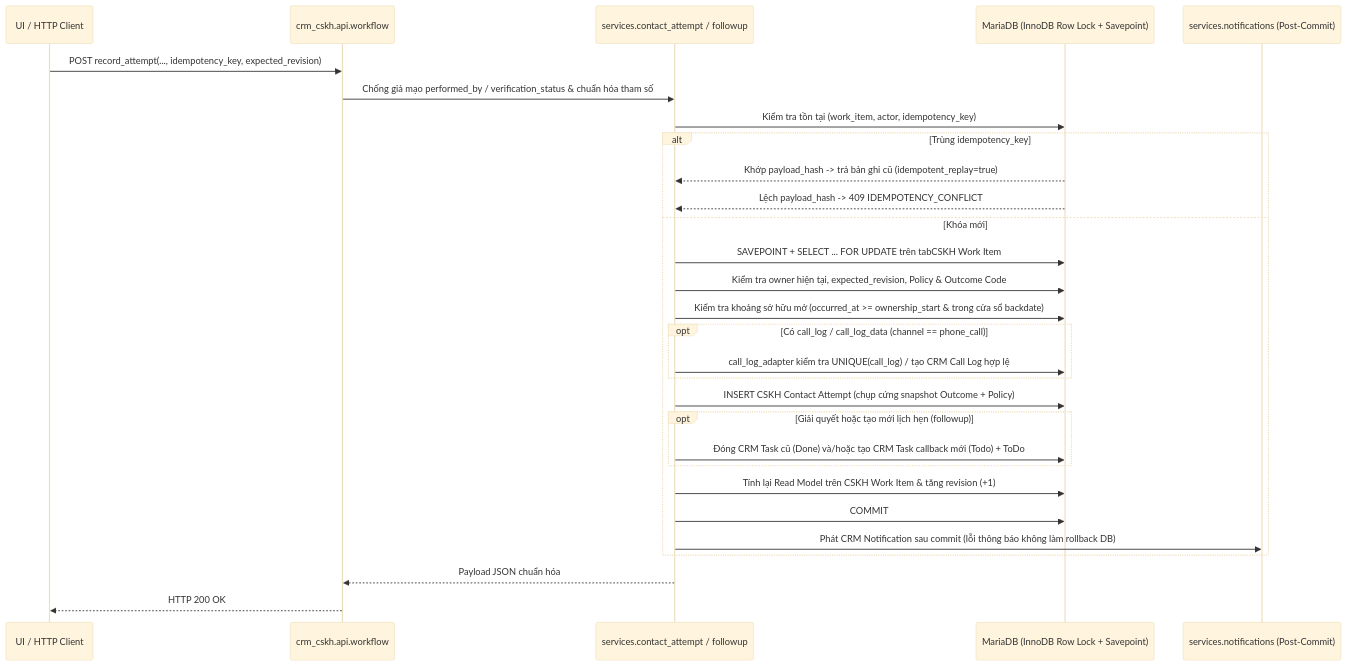
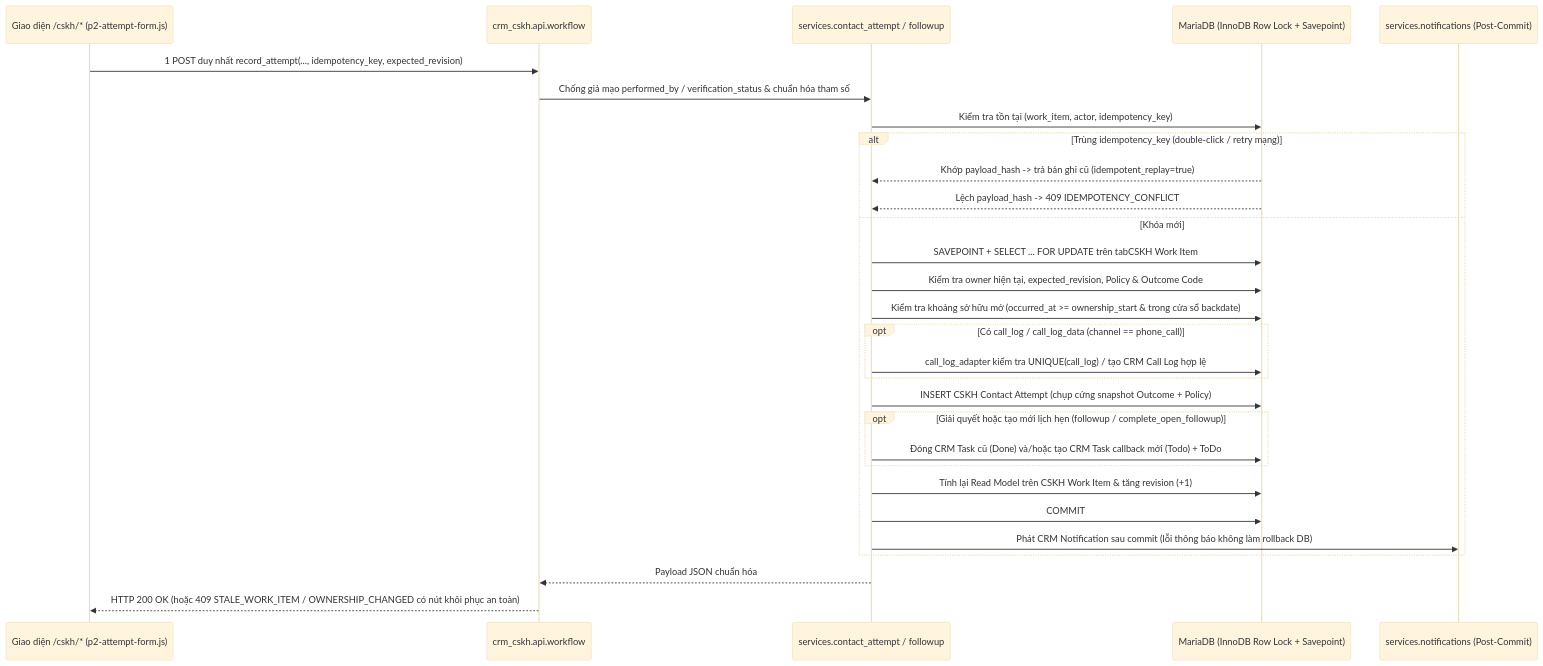
The diagram in docs/P2-Exit-Report.md (nobita6986/new-crm), drawn with Mermaid (base theme) before and after one commit. The commit also changed other lines of this file and 20 other files, not shown here.

````diff
--- a/docs/P2-Exit-Report.md
+++ b/docs/P2-Exit-Report.md
@@ -64,32 +87,32 @@
 ```mermaid
 sequenceDiagram
-    participant Client as UI / HTTP Client
+    participant UI as Giao diện /cskh/* (p2-attempt-form.js)
     participant API as crm_cskh.api.workflow
     participant Svc as services.contact_attempt / followup
     participant DB as MariaDB (InnoDB Row Lock + Savepoint)
     participant Notif as services.notifications (Post-Commit)
 
-    Client->>API: POST record_attempt(..., idempotency_key, expected_revision)
+    UI->>API: 1 POST duy nhất record_attempt(..., idempotency_key, expected_revision)
     API->>Svc: Chống giả mạo performed_by / verification_status & chuẩn hóa tham số
     Svc->>DB: Kiểm tra tồn tại (work_item, actor, idempotency_key)
-    alt Trùng idempotency_key
+    alt Trùng idempotency_key (double-click / retry mạng)
         DB-->>Svc: Khớp payload_hash -> trả bản ghi cũ (idempotent_replay=true)
         DB-->>Svc: Lệch payload_hash -> 409 IDEMPOTENCY_CONFLICT
     else Khóa mới
         Svc->>DB: SAVEPOINT + SELECT ... FOR UPDATE trên tabCSKH Work Item
         Svc->>DB: Kiểm tra owner hiện tại, expected_revision, Policy & Outcome Code
         Svc->>DB: Kiểm tra khoảng sở hữu mở (occurred_at >= ownership_start & trong cửa sổ backdate)
         opt Có call_log / call_log_data (channel == phone_call)
             Svc->>DB: call_log_adapter kiểm tra UNIQUE(call_log) / tạo CRM Call Log hợp lệ
         end
         Svc->>DB: INSERT CSKH Contact Attempt (chụp cứng snapshot Outcome + Policy)
-        opt Giải quyết hoặc tạo mới lịch hẹn (followup)
+        opt Giải quyết hoặc tạo mới lịch hẹn (followup / complete_open_followup)
             Svc->>DB: Đóng CRM Task cũ (Done) và/hoặc tạo CRM Task callback mới (Todo) + ToDo
         end
         Svc->>DB: Tính lại Read Model trên CSKH Work Item & tăng revision (+1)
         Svc->>DB: COMMIT
         Svc->>Notif: Phát CRM Notification sau commit (lỗi thông báo không làm rollback DB)
     end
     Svc-->>API: Payload JSON chuẩn hóa
-    API-->>Client: HTTP 200 OK
+    API-->>UI: HTTP 200 OK (hoặc 409 STALE_WORK_ITEM / OWNERSHIP_CHANGED có nút khôi phục an toàn)
 ```
````
